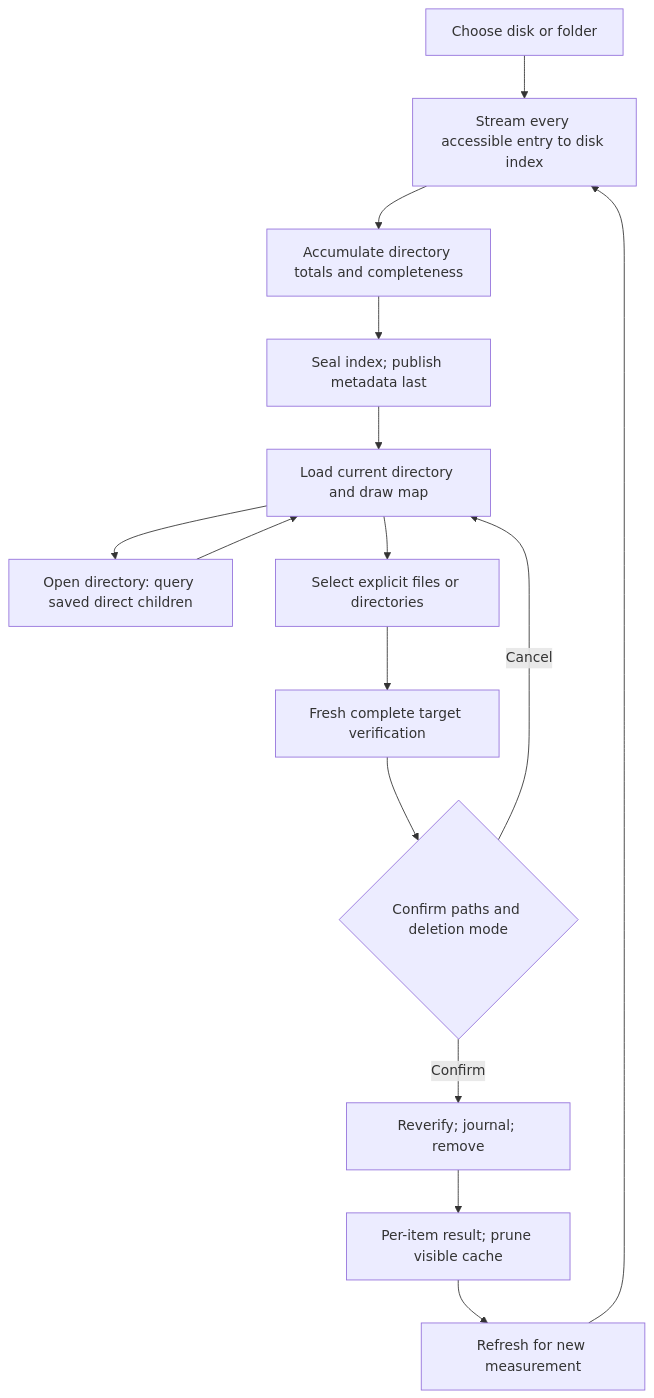
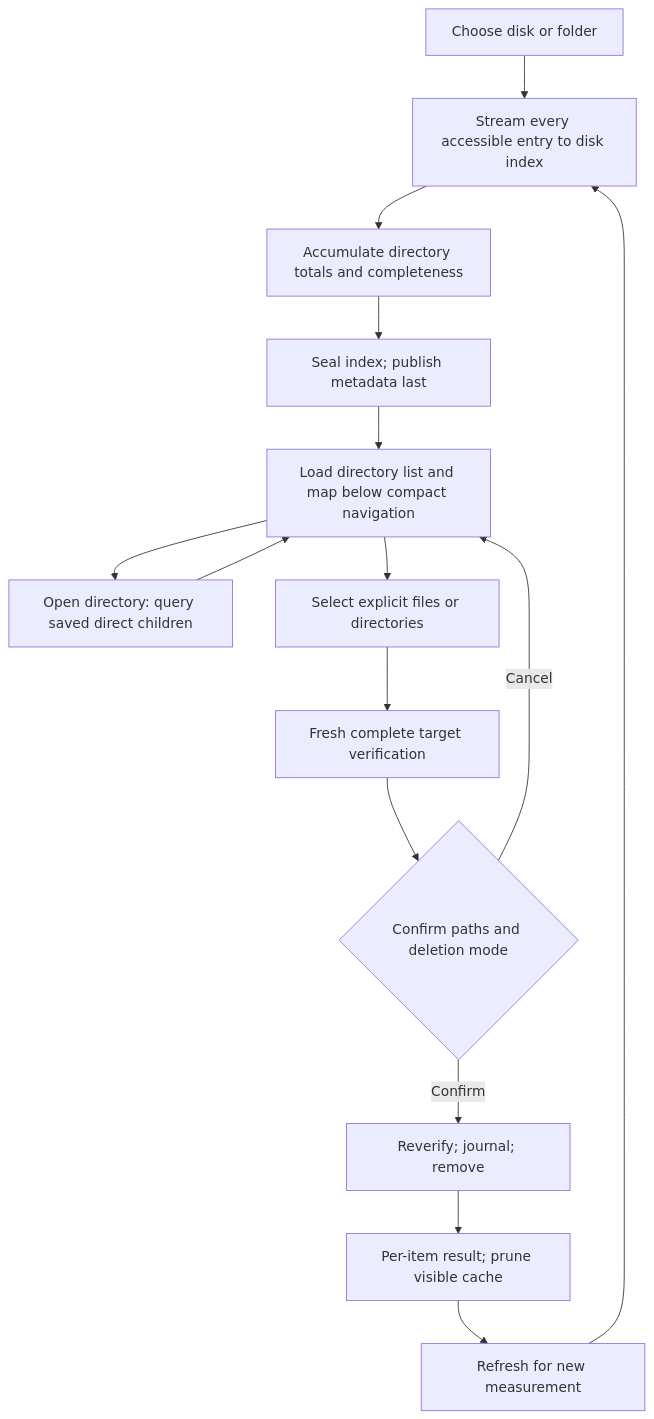
The second of 5 diagrams in docs/product/space-analysis.md (limecloud/shou), drawn with Mermaid before and after one commit. The commit also changed other lines of this file and 50 other files, not shown here.

````diff
--- a/docs/product/space-analysis.md
+++ b/docs/product/space-analysis.md
@@ -37,17 +38,17 @@
 ```mermaid
 flowchart TD
   A[Choose disk or folder] --> B[Stream every accessible entry to disk index]
   B --> C[Accumulate directory totals and completeness]
   C --> D[Seal index; publish metadata last]
-  D --> E[Load current directory and draw map]
+  D --> E[Load directory list and map below compact navigation]
   E --> F[Open directory: query saved direct children]
   F --> E
   E --> G[Select explicit files or directories]
   G --> H[Fresh complete target verification]
   H --> I{Confirm paths and deletion mode}
   I -->|Cancel| E
   I -->|Confirm| J[Reverify; journal; remove]
   J --> K[Per-item result; prune visible cache]
   K --> L[Refresh for new measurement]
   L --> B
 ```
````
